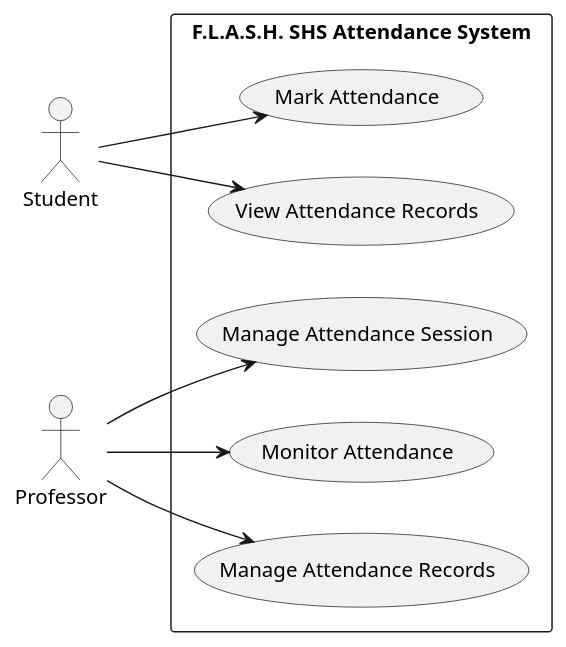
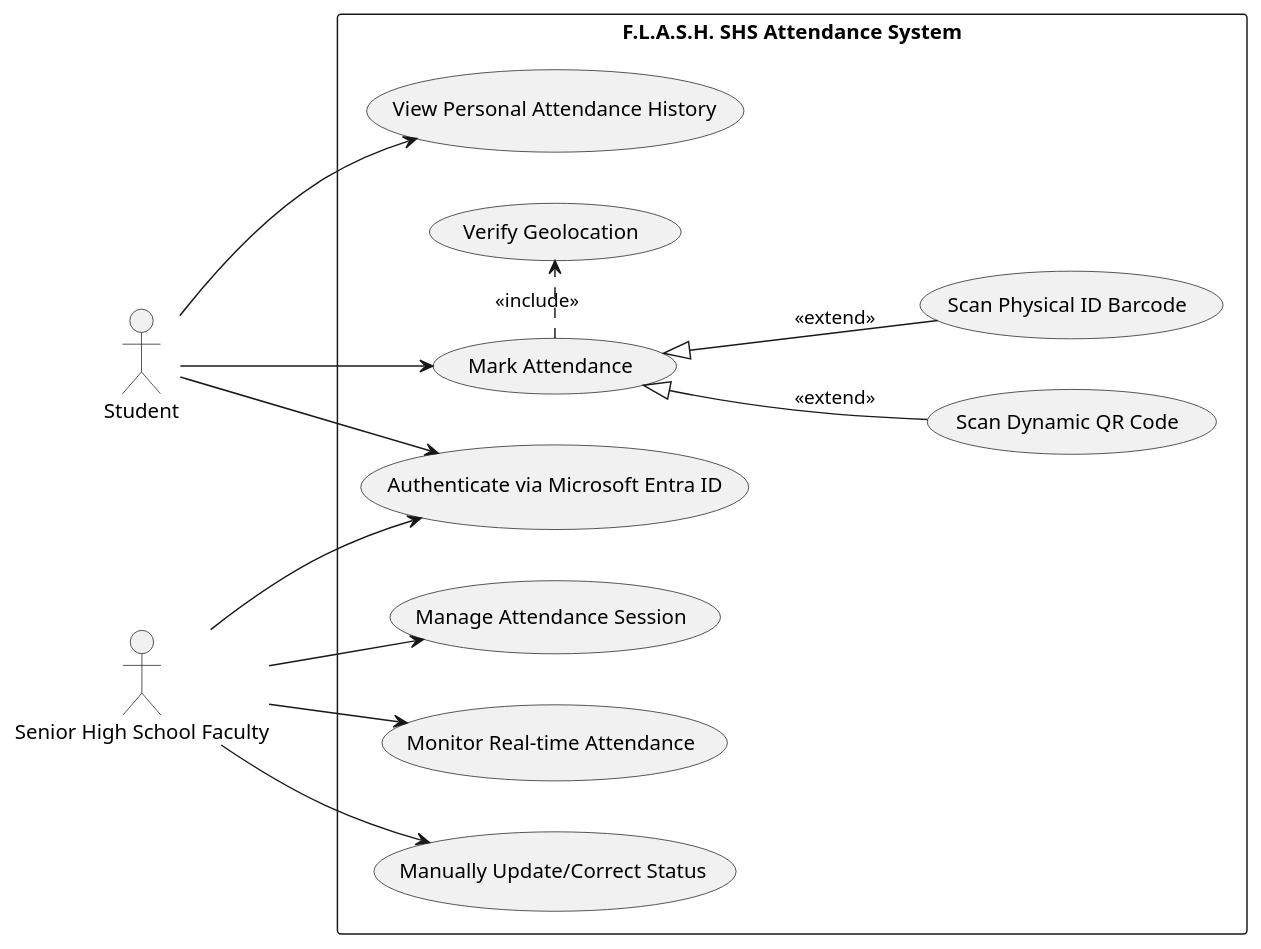
One commit to APC-SoCIT/APC-2026-2027-T1-IT241-Grp2-F.L.A.S.H-Fast-Logging-Automated-Secure-Hybrid-attendance changed the diagram in docs/MSYADD1/Use case diagram for F.L.A.S.H.puml. Above: the diagram before and after it, drawn with PlantUML.

Commit message:
added authentication and verification logic

```diff
--- a/docs/MSYADD1/Use case diagram for F.L.A.S.H.puml
+++ b/docs/MSYADD1/Use case diagram for F.L.A.S.H.puml
@@ -1,28 +1,42 @@
 @startuml
 left to right direction
 skinparam packageStyle rectangle
 
 actor "Student" as student
-actor "Professor" as faculty
+actor "Senior High School Faculty" as faculty
 
 package "F.L.A.S.H. SHS Attendance System" {
+
+    ' Authentication
+    usecase "Authenticate via Microsoft Entra ID" as UC_Auth
+
     ' Student Core Use Cases
     usecase "Mark Attendance" as UC_Mark
-    usecase "View Attendance Records" as UC_ViewStudentRecords
+    usecase "Scan Dynamic QR Code" as UC_ScanQR
+    usecase "Scan Physical ID Barcode" as UC_ScanID
+    usecase "Verify Geolocation" as UC_Geo
+    usecase "View Personal Attendance History" as UC_ViewStudentRecords
 
     ' Professor Core Use Cases
     usecase "Manage Attendance Session" as UC_ManageSession
-    usecase "Monitor Attendance" as UC_Monitor
-    usecase "Manage Attendance Records" as UC_ManageRecords
+    usecase "Monitor Real-time Attendance" as UC_Monitor
+    usecase "Manually Update/Correct Status" as UC_ManageRecords
 }
+
+' Authentication Links
+student --> UC_Auth
+faculty --> UC_Auth
 
 ' Student Connections
 student --> UC_Mark
 student --> UC_ViewStudentRecords
+UC_Mark <|-- UC_ScanQR : <<extend>>
+UC_Mark <|-- UC_ScanID : <<extend>>
+UC_Mark .> UC_Geo : <<include>>
 
 ' Professor Connections
 faculty --> UC_ManageSession
 faculty --> UC_Monitor
 faculty --> UC_ManageRecords
 
-@enduml
+@endl
```
